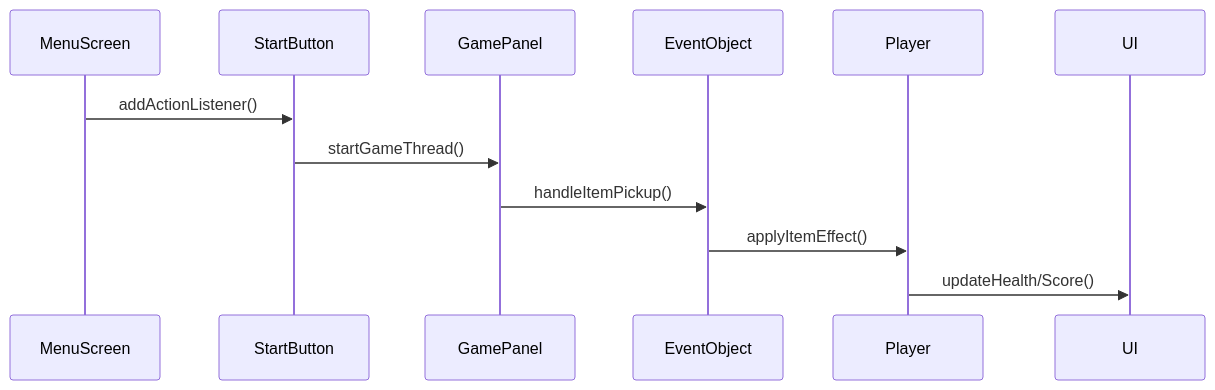
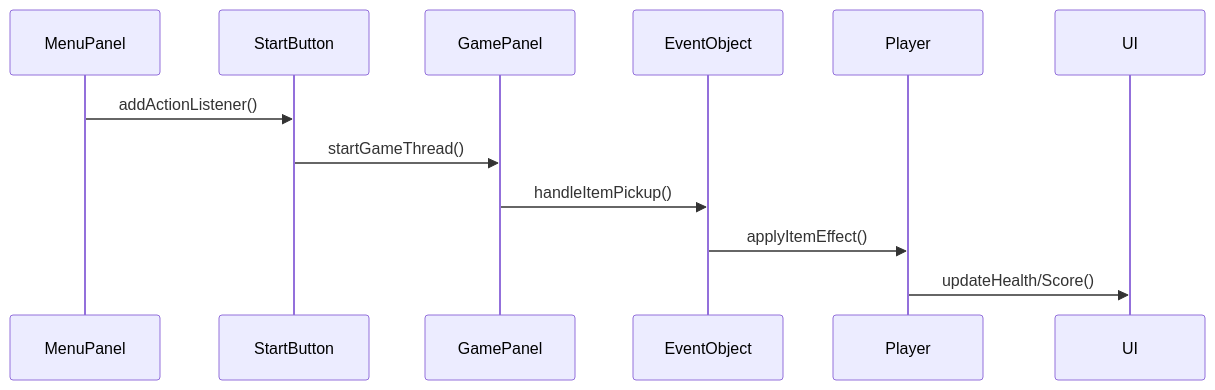
One commit to VanAnh179/Ticking-Away changed the diagram in README.md. Above: the diagram before and after it, drawn with Mermaid. The commit also changed other lines of this file, not shown here.

````diff
--- a/README.md
+++ b/README.md
@@ -259,13 +261,13 @@
 ```mermaid
 sequenceDiagram
-    participant MenuScreen
+    participant MenuPanel
     participant StartButton
     participant GamePanel
     participant EventObject
     
-    MenuScreen->>StartButton: addActionListener()
+    MenuPanel->>StartButton: addActionListener()
     StartButton->>GamePanel: startGameThread()
     GamePanel->>EventObject: handleItemPickup()
     EventObject->>Player: applyItemEffect()
     Player->>UI: updateHealth/Score()
 ```
````
